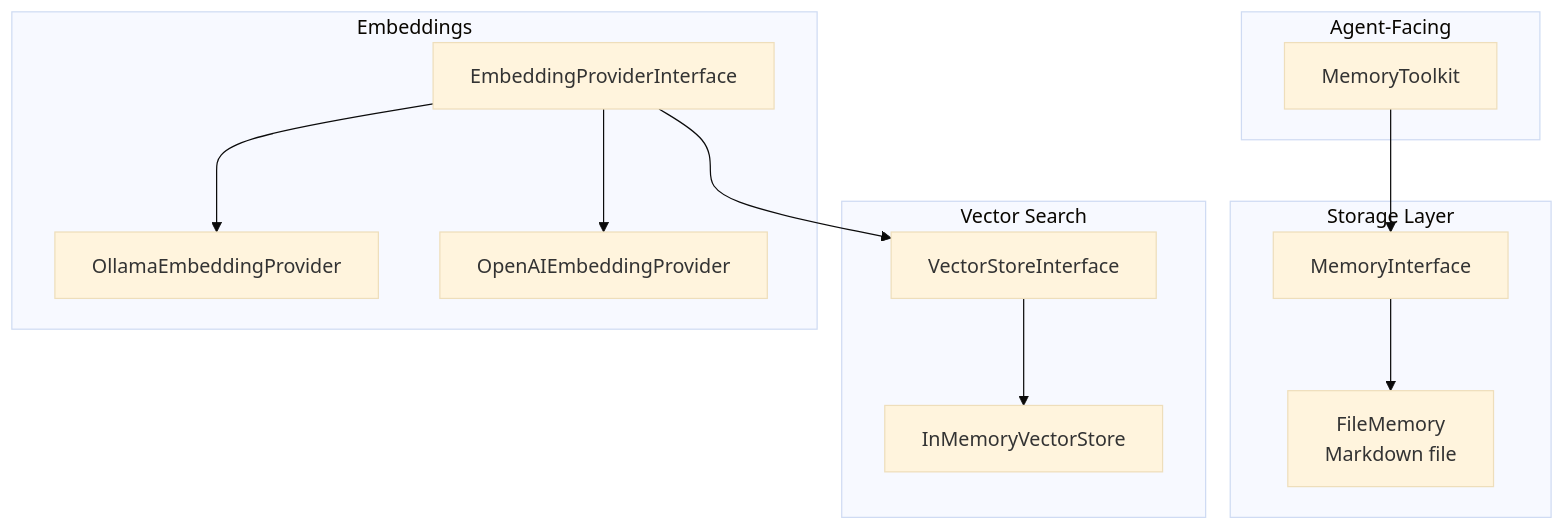
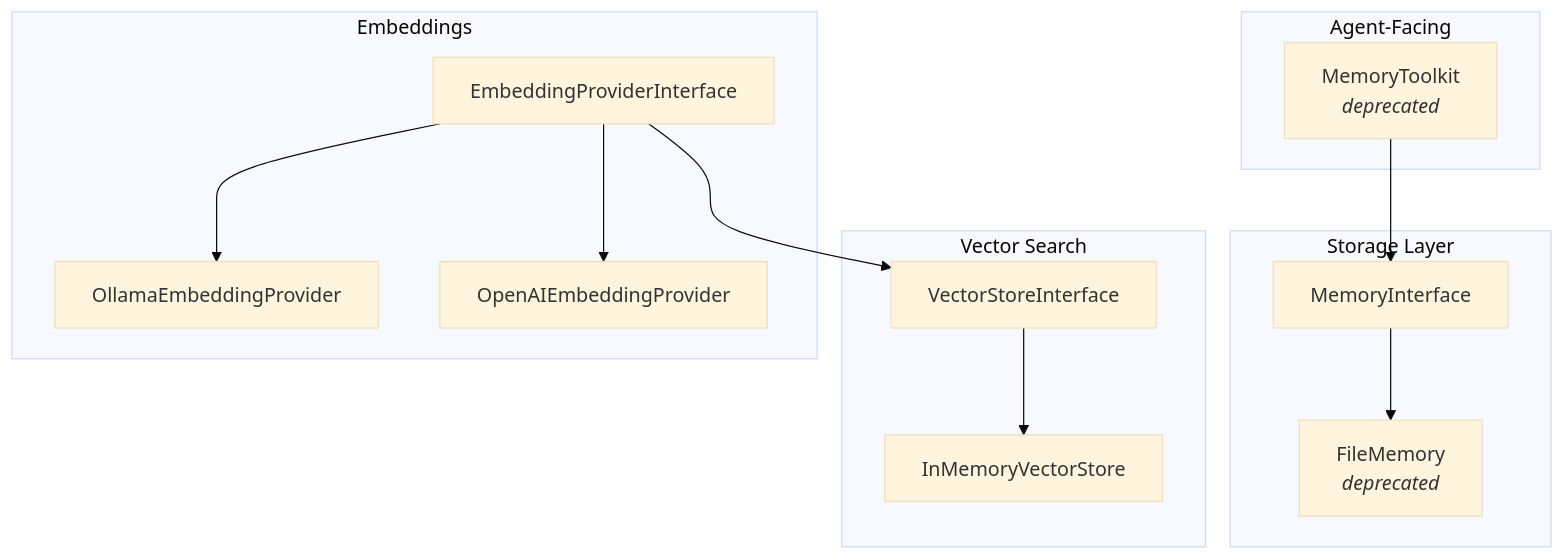
One commit to carmelosantana/php-agents changed the eighth of 9 diagrams in docs/ARCHITECTURE.md. Above: the diagram before and after it, drawn with Mermaid (base theme). The commit also changed other lines of this file and 24 other files, not shown here.

````diff
--- a/docs/ARCHITECTURE.md
+++ b/docs/ARCHITECTURE.md
@@ -379,29 +382,29 @@
 ```mermaid
 graph TB
     subgraph "Agent-Facing"
-        MTK[MemoryToolkit]
+        MTK[MemoryToolkit<br/><i>deprecated</i>]
     end
 
     subgraph "Storage Layer"
         MI[MemoryInterface]
-        FM[FileMemory<br/>Markdown file]
+        FM[FileMemory<br/><i>deprecated</i>]
     end
 
     subgraph "Vector Search"
         VSI[VectorStoreInterface]
         IMVS[InMemoryVectorStore]
     end
 
     subgraph "Embeddings"
         EPI[EmbeddingProviderInterface]
         OEP[OllamaEmbeddingProvider]
         OAEP[OpenAIEmbeddingProvider]
     end
 
     MTK --> MI
     MI --> FM
     EPI --> OEP
     EPI --> OAEP
     EPI --> VSI
     VSI --> IMVS
 ```
````
